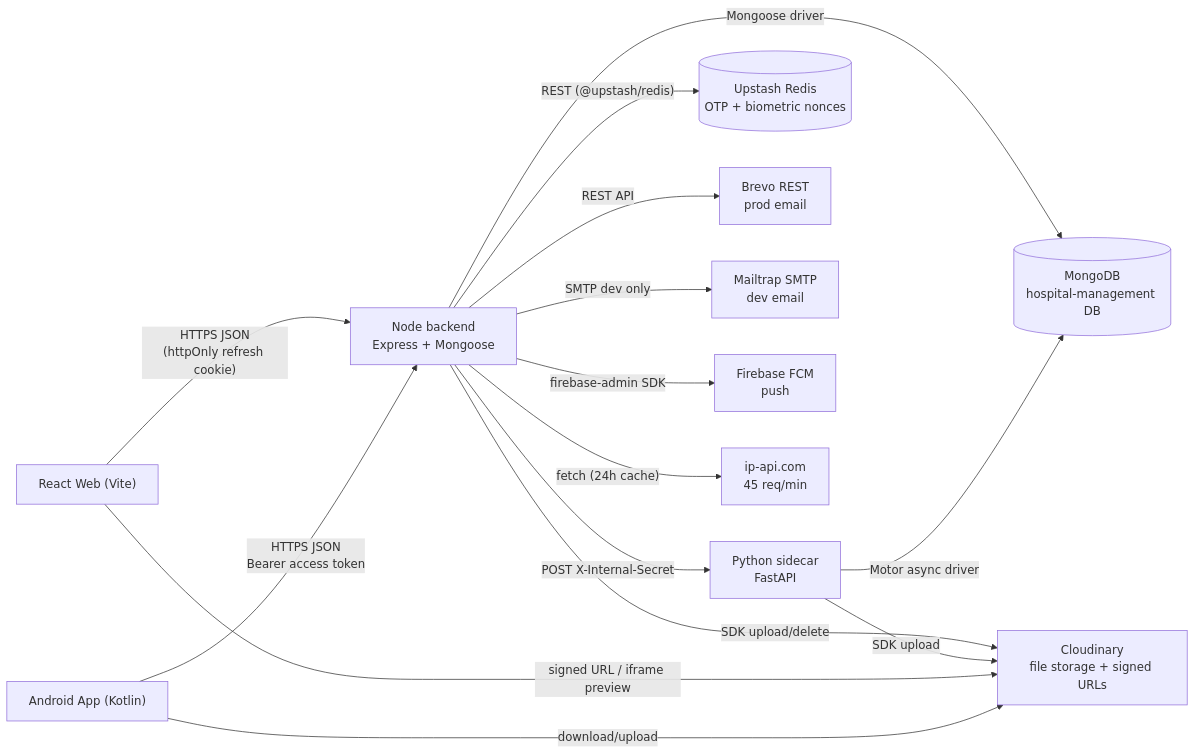
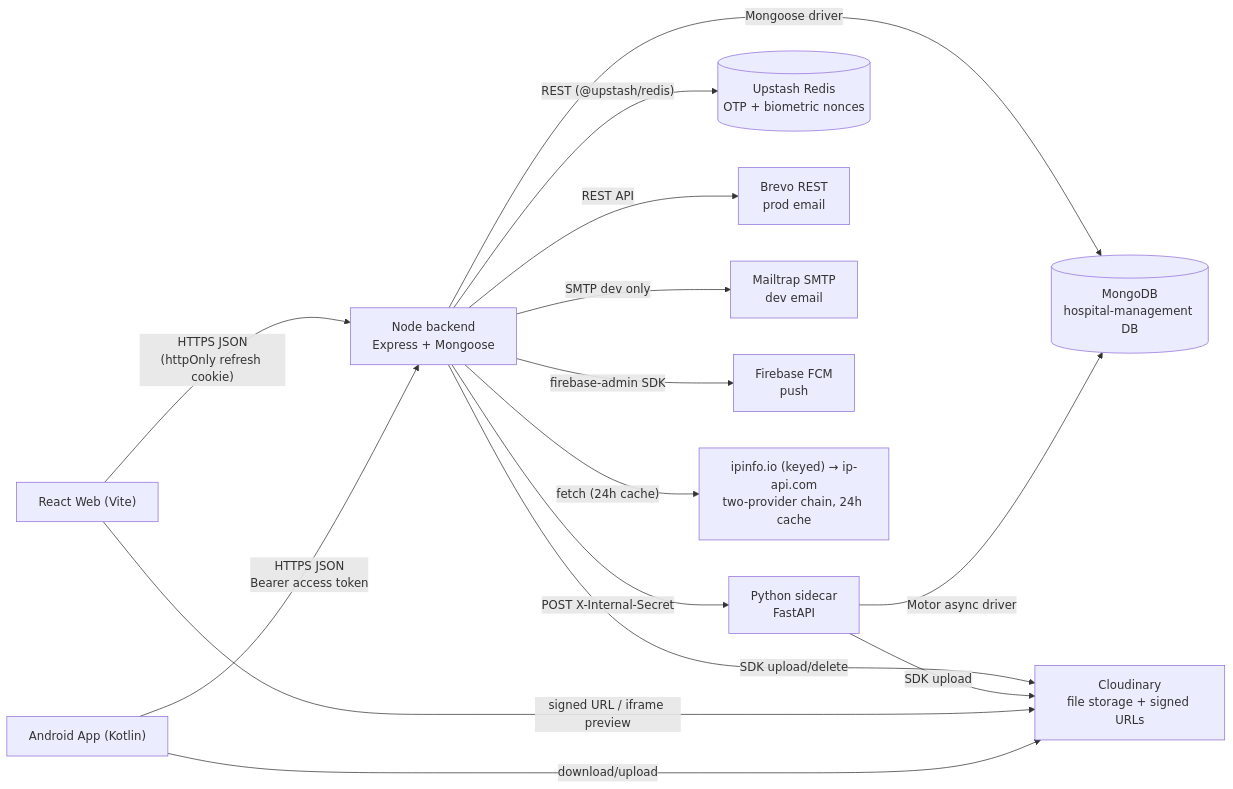
The first of 30 diagrams in docs/audit/03-architecture-diagrams.md (urvagandhi/Hospital-Management), drawn with Mermaid before and after one commit. The commit also changed other lines of this file and 17 other files, not shown here.

````diff
--- a/docs/audit/03-architecture-diagrams.md
+++ b/docs/audit/03-architecture-diagrams.md
@@ -14,29 +14,29 @@
 ```mermaid
 flowchart LR
   Web["React Web (Vite)"]
   Mobile["Android App (Kotlin)"]
   Backend["Node backend<br/>Express + Mongoose"]
   Sidecar["Python sidecar<br/>FastAPI"]
   Mongo[("MongoDB<br/>hospital-management DB")]
   Redis[("Upstash Redis<br/>OTP + biometric nonces")]
   Cloud["Cloudinary<br/>file storage + signed URLs"]
   Brevo["Brevo REST<br/>prod email"]
   Mailtrap["Mailtrap SMTP<br/>dev email"]
   FCM["Firebase FCM<br/>push"]
-  GeoIP["ip-api.com<br/>45 req/min"]
+  GeoIP["ipinfo.io (keyed) → ip-api.com<br/>two-provider chain, 24h cache"]
 
   Web -- "HTTPS JSON<br/>(httpOnly refresh cookie)" --> Backend
   Mobile -- "HTTPS JSON<br/>Bearer access token" --> Backend
   Backend -- "Mongoose driver" --> Mongo
   Backend -- "REST (@upstash/redis)" --> Redis
   Backend -- "SDK upload/delete" --> Cloud
   Backend -- "REST API" --> Brevo
   Backend -- "SMTP dev only" --> Mailtrap
   Backend -- "firebase-admin SDK" --> FCM
   Backend -- "fetch (24h cache)" --> GeoIP
   Backend -- "POST X-Internal-Secret" --> Sidecar
   Sidecar -- "Motor async driver" --> Mongo
   Sidecar -- "SDK upload" --> Cloud
   Web -- "signed URL / iframe preview" --> Cloud
   Mobile -- "download/upload" --> Cloud
 ```
````
